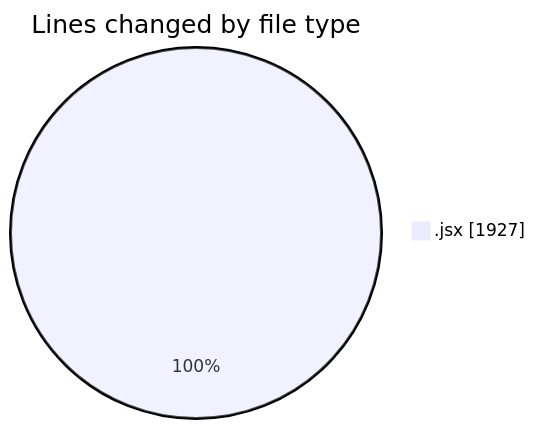
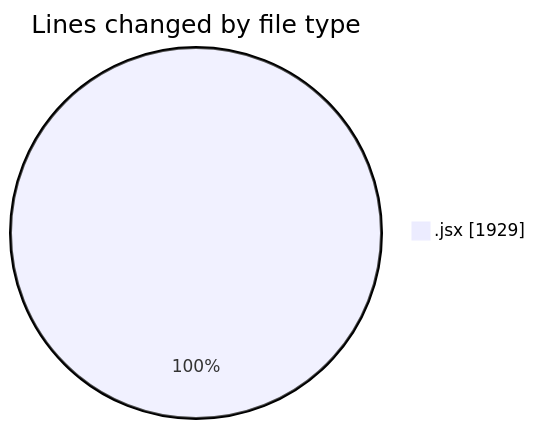
One commit to nxtqubesakshisongat/code-tracking changed the first of 2 diagrams in 2025-05-26/nxtqube_webapp/README.md. Above: the diagram before and after it, drawn with Mermaid. The commit also changed other lines of this file and 1 other file, not shown here.

````diff
--- a/2025-05-26/nxtqube_webapp/README.md
+++ b/2025-05-26/nxtqube_webapp/README.md
@@ -20,5 +20,5 @@
 ```mermaid
 pie showData
 title Lines changed by file type
-".jsx" : 1927
+".jsx" : 1929
 ```
````
